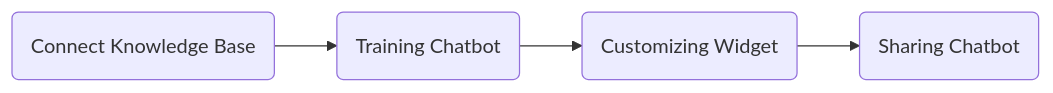
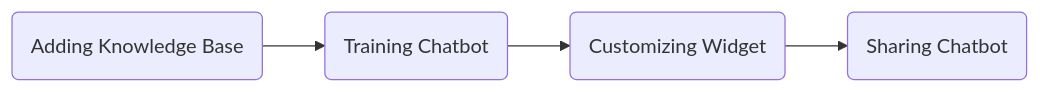
One commit to corpuschat/docs changed the diagram in overview/quick-start.md. Above: the diagram before and after it, drawn with Mermaid.

````diff
--- a/overview/quick-start.md
+++ b/overview/quick-start.md
@@ -13,6 +13,6 @@
 ```mermaid
 flowchart LR 
-    A(Connect Knowledge Base) --> B(Training Chatbot)
+    A(Adding Knowledge Base) --> B(Training Chatbot)
     B --> C(Customizing Widget)
     C --> D(Sharing Chatbot)
 ```
````
